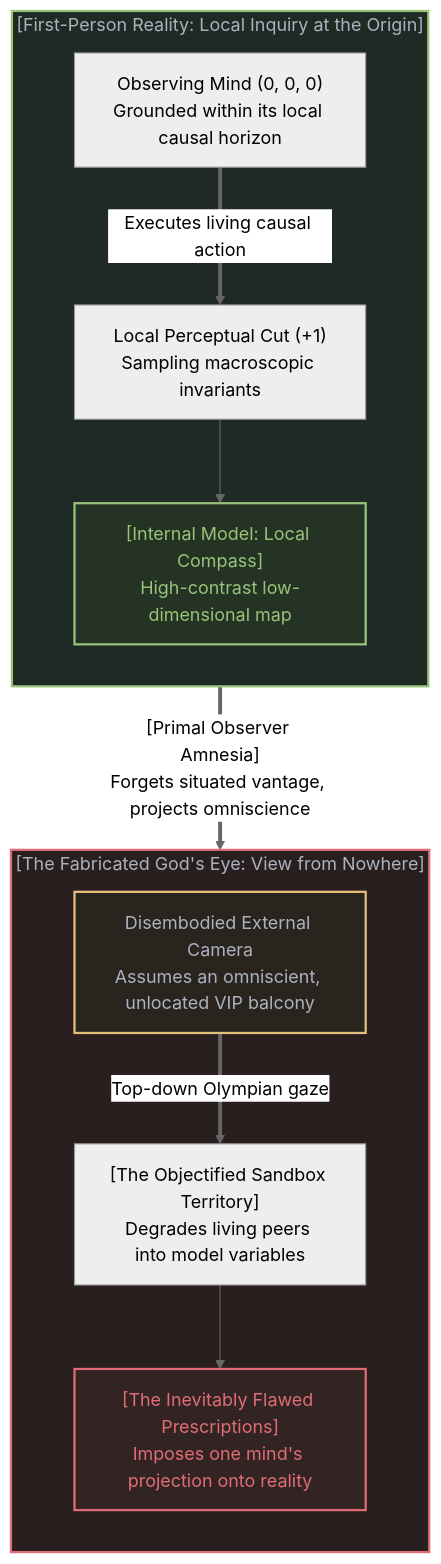
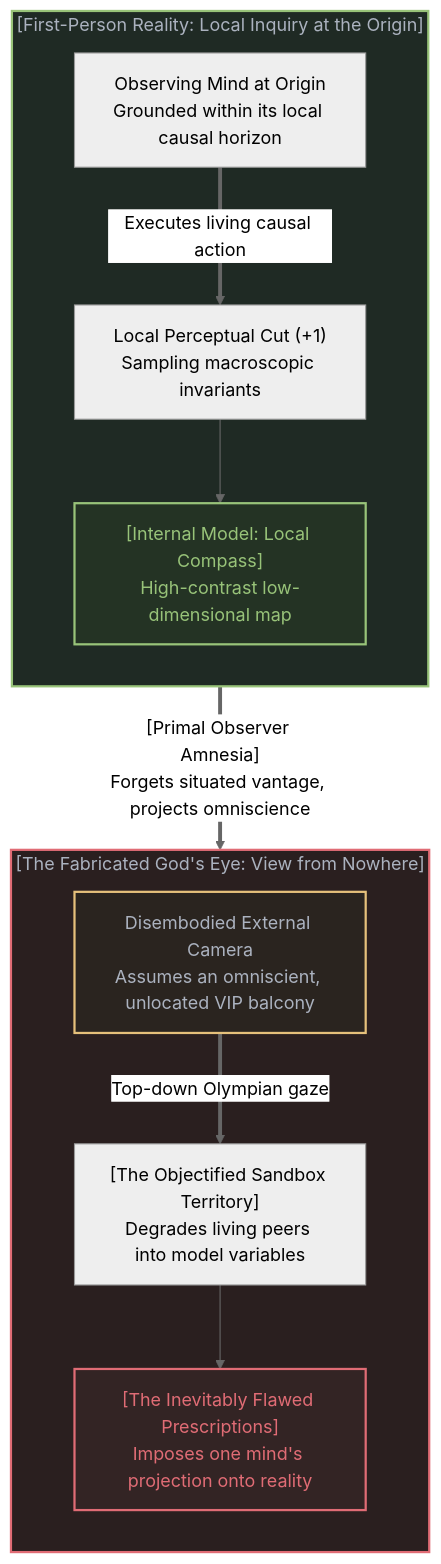
The fourth of 10 diagrams in content/posts/the-invisible-gods-eye.md (powerpig99/not-a-toe), drawn with Mermaid (neutral theme) before and after one commit. The commit also changed other lines of this file and 15 other files, not shown here.

Commit message:
Refer to observer origin simply as origin across all essays and prompts

````diff
--- a/content/posts/the-invisible-gods-eye.md
+++ b/content/posts/the-invisible-gods-eye.md
@@ -133,30 +133,30 @@
 ```mermaid
 graph TD
     subgraph GroundReality["[First-Person Reality: Local Inquiry at the Origin]"]
         direction TB
-        ObserverNode["Observing Mind (0, 0, 0)<br>Grounded within its local causal horizon"]
+        ObserverNode["Observing Mind at Origin<br>Grounded within its local causal horizon"]
         LocalHorizon["Local Perceptual Cut (+1)<br>Sampling macroscopic invariants"]
         ModelCompass["[Internal Model: Local Compass]<br>High-contrast low-dimensional map"]
 
         ObserverNode ==>|"Executes living causal action"| LocalHorizon
         LocalHorizon --> ModelCompass
     end
 
     GroundReality ==>|"[Primal Observer Amnesia]<br>Forgets situated vantage, projects omniscience"| FloatingEye
 
     subgraph FloatingEye["[The Fabricated God's Eye: View from Nowhere]"]
         direction TB
         GodVantage["Disembodied External Camera<br>Assumes an omniscient, unlocated VIP balcony"]
         PawnField["[The Objectified Sandbox Territory]<br>Degrades living peers into model variables"]
         Prescription["[The Inevitably Flawed Prescriptions]<br>Imposes one mind's projection onto reality"]
 
         GodVantage ==>|"Top-down Olympian gaze"| PawnField
         PawnField --> Prescription
     end
 
     style GroundReality fill:#1f2a24,stroke:#98c379,stroke-width:2px,color:#abb2bf
     style FloatingEye fill:#2a1f1f,stroke:#e06c75,stroke-width:2px,color:#abb2bf
     style ModelCompass fill:#243324,stroke:#98c379,stroke-width:2px,color:#98c379
     style Prescription fill:#332424,stroke:#e06c75,stroke-width:2px,color:#e06c75
     style GodVantage fill:#2a241f,stroke:#e5c07b,stroke-width:2px,color:#abb2bf
 ```
````
